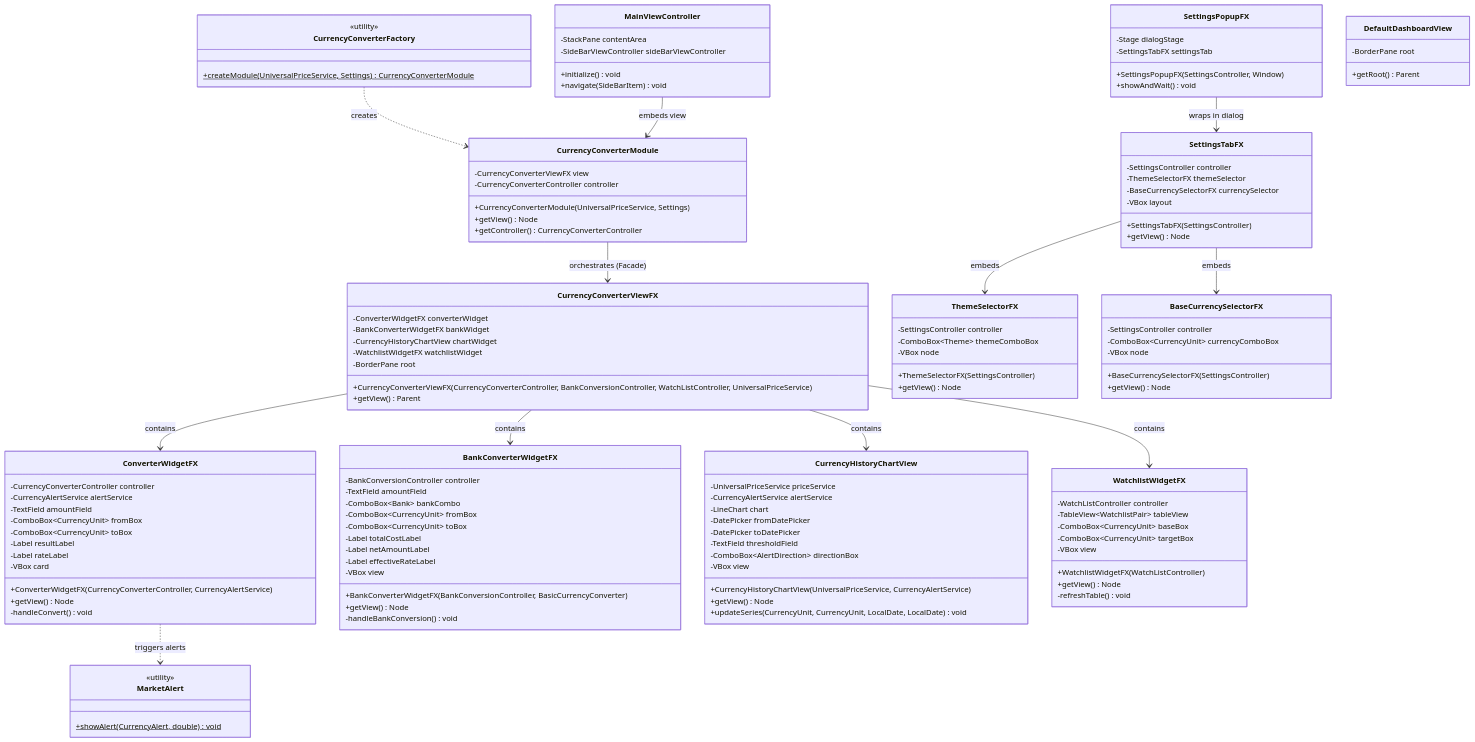
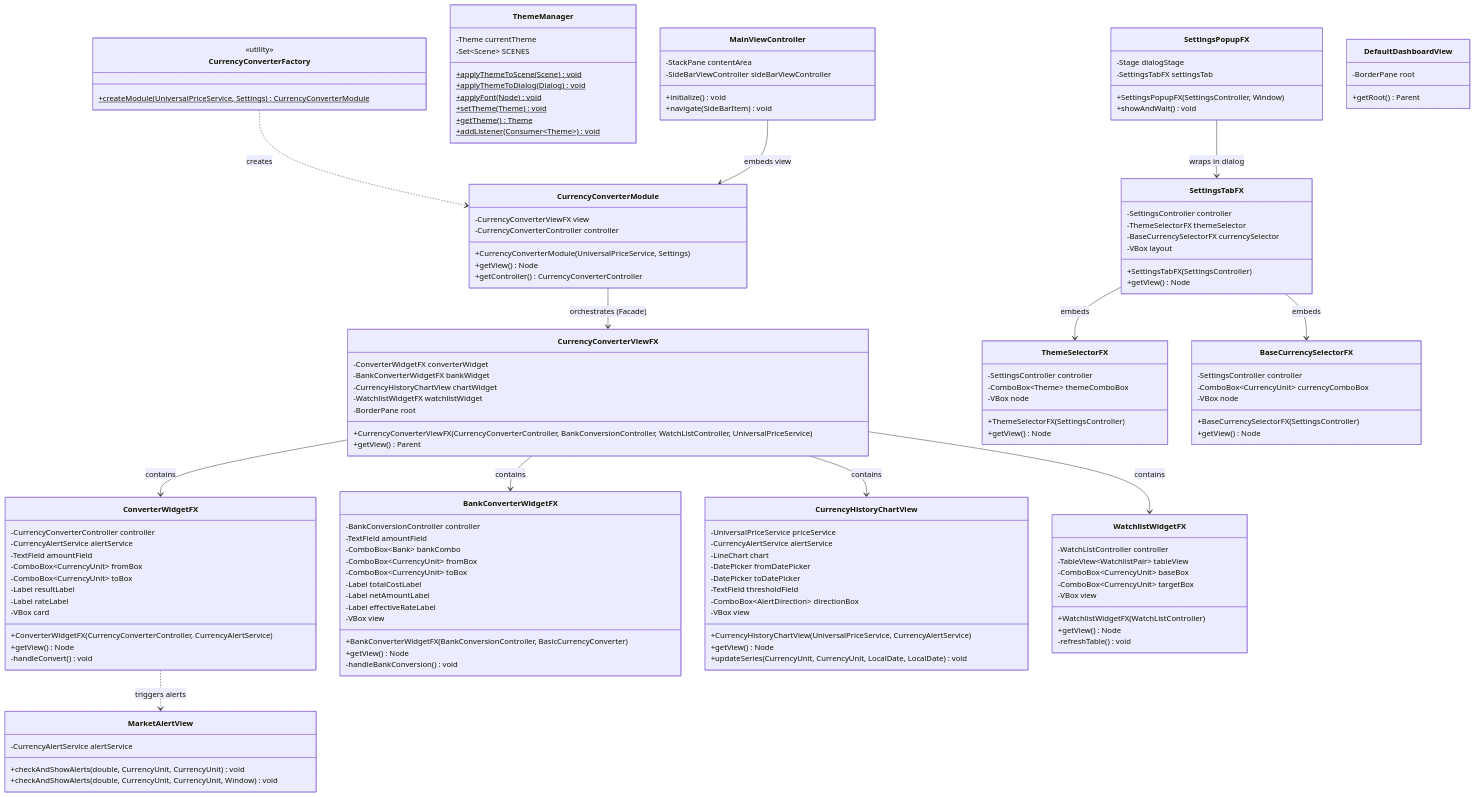
The diagram in docs/view.md (leoI0II/OOP25-UniBodget), drawn with Mermaid before and after one commit. The commit also changed 40 other files, not shown here.

```diff
--- a/docs/view.md
+++ b/docs/view.md
@@ -86,9 +86,10 @@
         -refreshTable() void
     }
 
-    class MarketAlert {
-        <<utility>>
-        +showAlert(CurrencyAlert, double)$ void
+    class MarketAlertView {
+        -CurrencyAlertService alertService
+        +checkAndShowAlerts(double, CurrencyUnit, CurrencyUnit) void
+        +checkAndShowAlerts(double, CurrencyUnit, CurrencyUnit, Window) void
     }
 
     CurrencyConverterModule --> CurrencyConverterViewFX : orchestrates (Facade)
@@ -98,11 +99,22 @@
     CurrencyConverterViewFX --> CurrencyHistoryChartView : contains
     CurrencyConverterViewFX --> WatchlistWidgetFX : contains
 
-    ConverterWidgetFX ..> MarketAlert : triggers alerts
+    ConverterWidgetFX ..> MarketAlertView : triggers alerts
 
     %% ============================================================
     %% ============ SETTINGS VIEW SUBSYSTEM  =============
     %% ============================================================
+
+    class ThemeManager {
+        -Theme currentTheme
+        -Set~Scene~ SCENES
+        +applyThemeToScene(Scene)$ void
+        +applyThemeToDialog(Dialog)$ void
+        +applyFont(Node)$ void
+        +setTheme(Theme)$ void
+        +getTheme()$ Theme
+        +addListener(Consumer~Theme~)$ void
+    }
 
     class SettingsTabFX {
         -SettingsController controller
```
